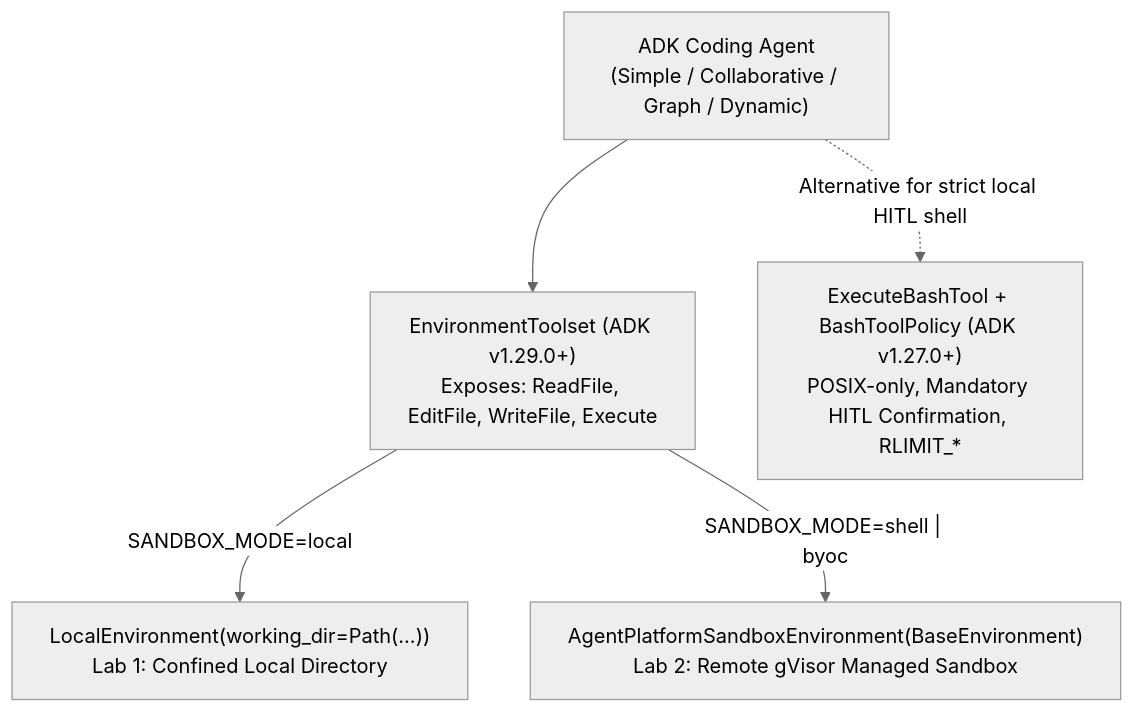
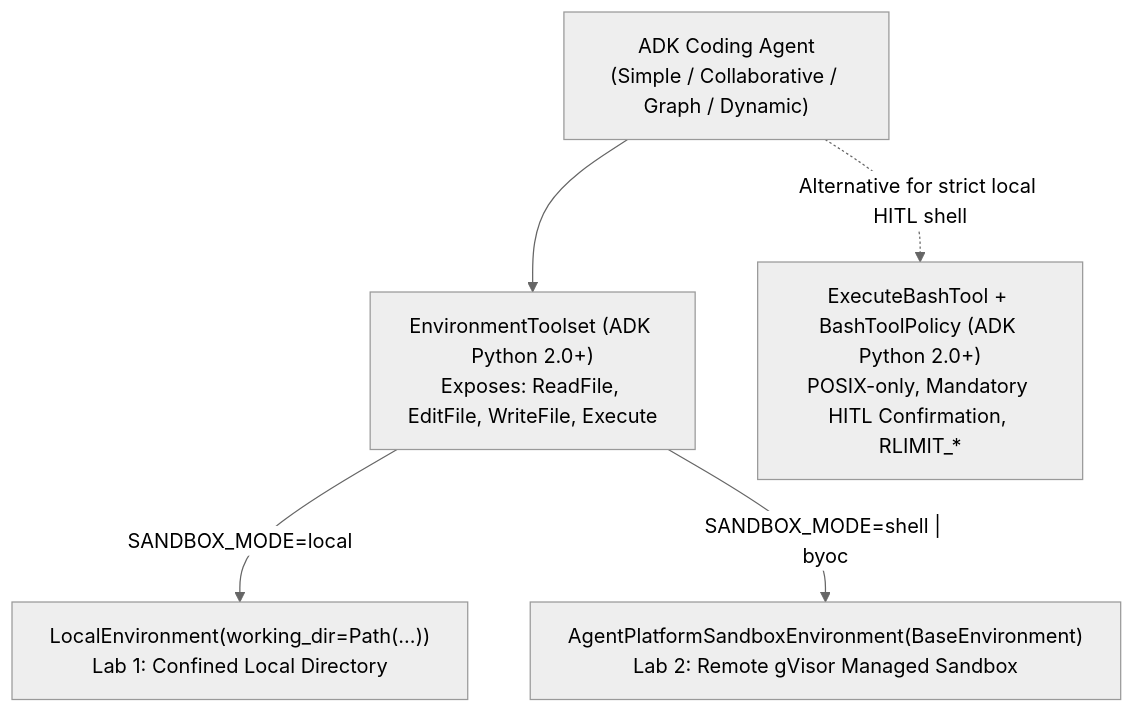
One commit to jiratouchmhp/coding-agent-workshop changed the second of 3 diagrams in workshop/01-LAB-SETUP-AND-BUILD-ADK.md. Above: the diagram before and after it, drawn with Mermaid (neutral theme). The commit also changed other lines of this file and 57 other files, not shown here.

````diff
--- a/workshop/01-LAB-SETUP-AND-BUILD-ADK.md
+++ b/workshop/01-LAB-SETUP-AND-BUILD-ADK.md
@@ -302,13 +297,13 @@
 ```mermaid
 flowchart TD
     AGENT["ADK Coding Agent\n(Simple / Collaborative / Graph / Dynamic)"]
-    ET["EnvironmentToolset (ADK v1.29.0+)\nExposes: ReadFile, EditFile, WriteFile, Execute"]
+    ET["EnvironmentToolset (ADK Python 2.0+)\nExposes: ReadFile, EditFile, WriteFile, Execute"]
     LE["LocalEnvironment(working_dir=Path(...))\nLab 1: Confined Local Directory"]
     SE["AgentPlatformSandboxEnvironment(BaseEnvironment)\nLab 2: Remote gVisor Managed Sandbox"]
-    BT["ExecuteBashTool + BashToolPolicy (ADK v1.27.0+)\nPOSIX-only, Mandatory HITL Confirmation, RLIMIT_*"]
+    BT["ExecuteBashTool + BashToolPolicy (ADK Python 2.0+)\nPOSIX-only, Mandatory HITL Confirmation, RLIMIT_*"]
 
     AGENT --> ET
     ET -- "SANDBOX_MODE=local" --> LE
     ET -- "SANDBOX_MODE=shell | byoc" --> SE
     AGENT -. "Alternative for strict local HITL shell" .-> BT
 ```
````
